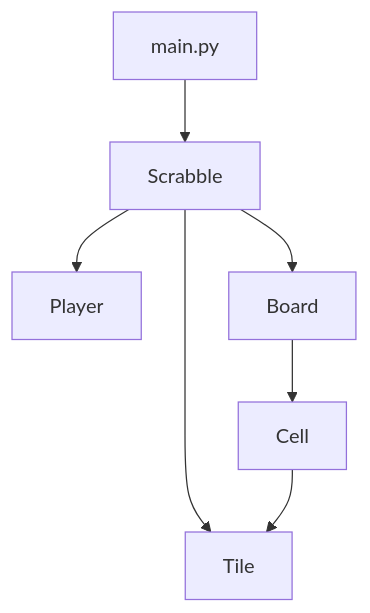
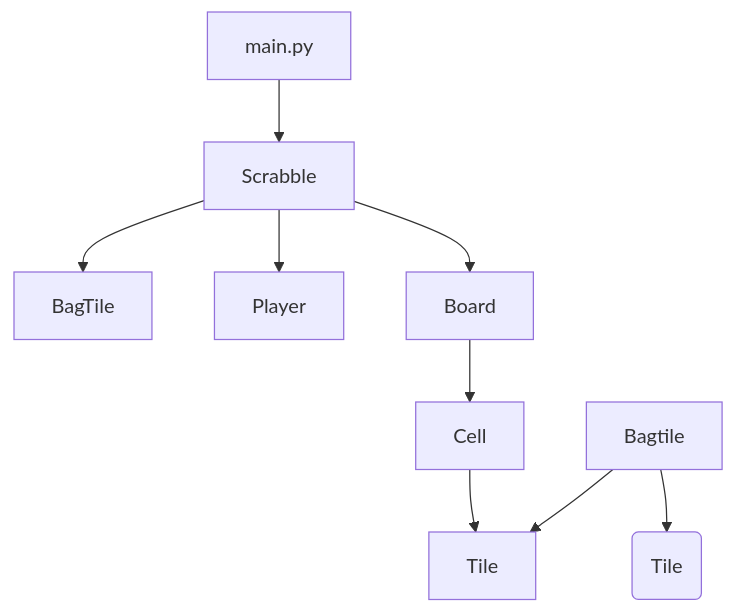
One commit to um-computacion-tm/scrabble-2023-EVAnci changed the diagram in README.md. Above: the diagram before and after it, drawn with Mermaid. The commit also changed other lines of this file and 1 other file, not shown here.

````diff
--- a/README.md
+++ b/README.md
@@ -73,9 +79,11 @@
 ```mermaid
 graph TD;
     main.py-->Scrabble;
-    Scrabble-->Tile;
+    Scrabble-->BagTile;
     Scrabble-->Player;
     Scrabble-->Board;
+    Bagtile-->Tile;
+    Bagtile-->Wildcard(Tile);
     Board-->Cell;
     Cell-->Tile;
 ```
````
